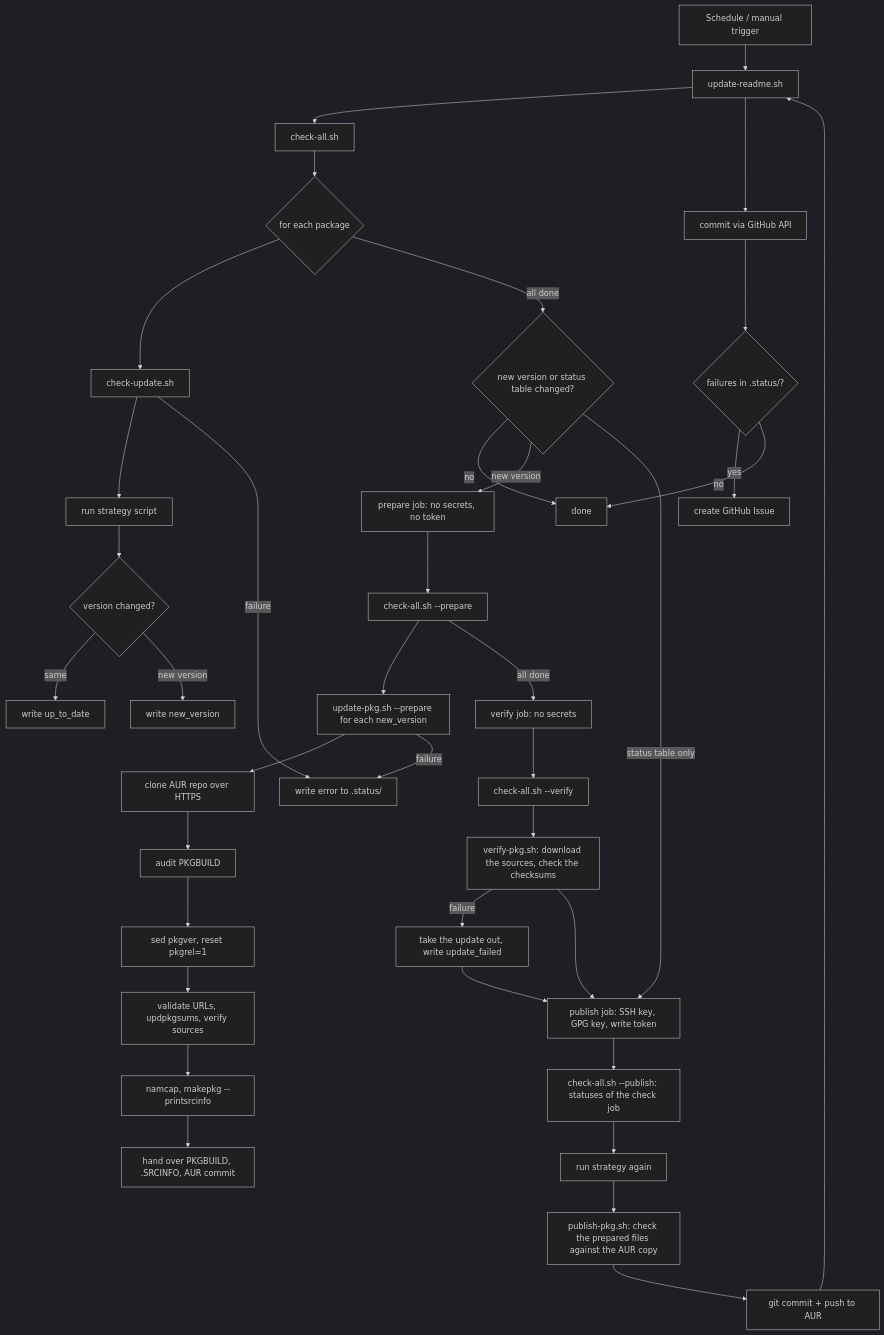
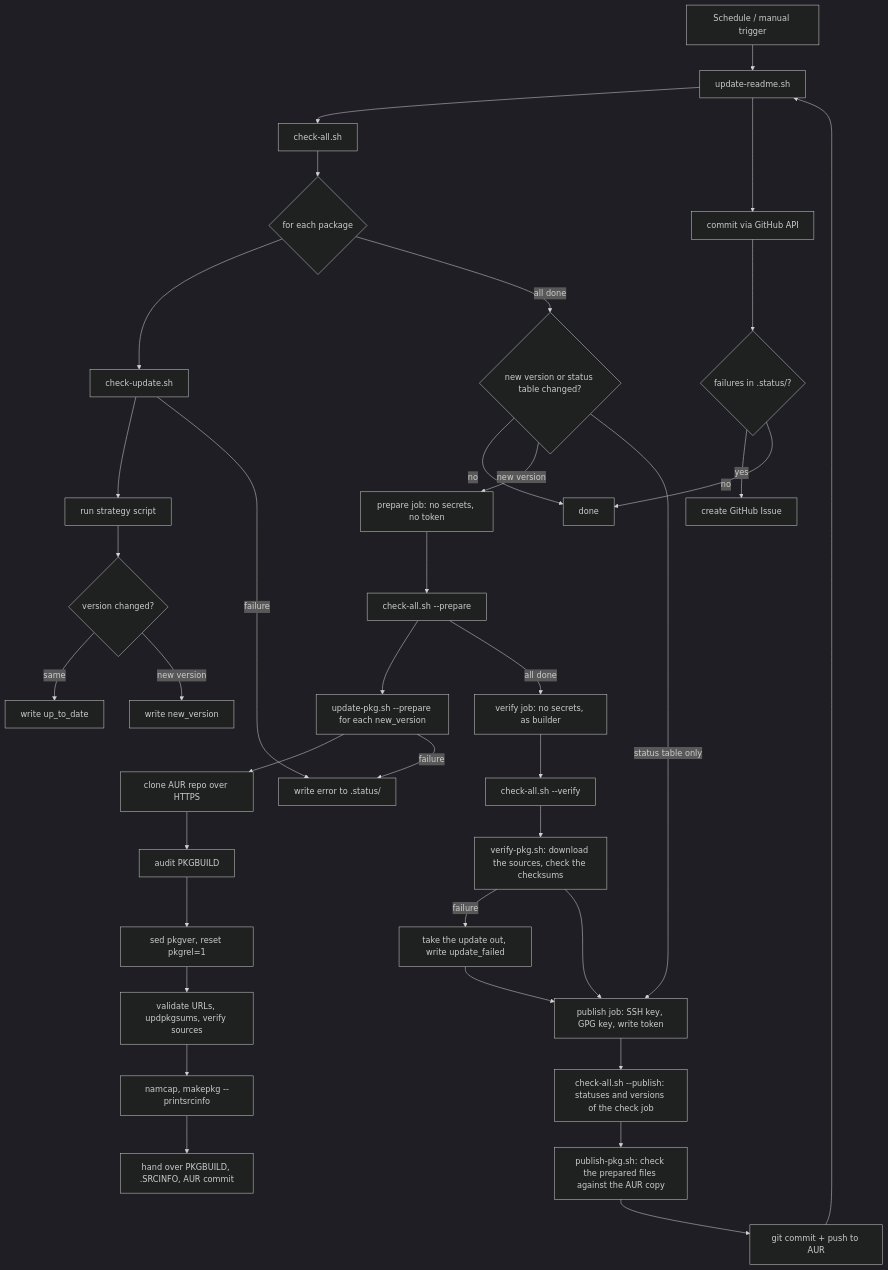
One commit to noctuum/sibyl changed the diagram in docs/WORKFLOW.md. Above: the diagram before and after it, drawn with Mermaid (dark theme). The commit also changed other lines of this file and 7 other files, not shown here.

First line of the commit message:
fix(workflow): isolate verify and publish (#40)

````diff
--- a/docs/WORKFLOW.md
+++ b/docs/WORKFLOW.md
@@ -20,40 +20,39 @@
 ```mermaid
 flowchart TD
     A[Schedule / manual trigger] --> K[check job: read-only token, no PKGBUILD]
     K --> B[check-all.sh]
     B --> C{for each package}
     C --> D[check-update.sh]
     D --> E[run strategy script]
     E --> F{version changed?}
     F -->|same| G[write up_to_date]
     F -->|new version| G2[write new_version]
     C -->|all done| W{new version or status table changed?}
     W -->|no| O[done]
     W -->|new version| P[prepare job: no secrets, no token]
     W -->|status table only| Q
     P --> B2[check-all.sh --prepare]
     B2 --> H[update-pkg.sh --prepare for each new_version]
     H --> H1[clone AUR repo over HTTPS]
     H1 --> H2[audit PKGBUILD]
     H2 --> H3[sed pkgver, reset pkgrel=1]
     H3 --> H4[validate URLs, updpkgsums, verify sources]
     H4 --> H5[namcap, makepkg --printsrcinfo]
     H5 --> H6[hand over PKGBUILD, .SRCINFO, AUR commit]
     H -->|failure| J[write error to .status/]
     D -->|failure| J
-    B2 -->|all done| V[verify job: no secrets]
+    B2 -->|all done| V[verify job: no secrets, as builder]
     V --> V1[check-all.sh --verify]
     V1 --> V2[verify-pkg.sh: download the sources, check the checksums]
     V2 -->|failure| V3[take the update out, write update_failed]
     V2 --> Q[publish job: SSH key, GPG key, write token]
     V3 --> Q
-    Q --> R[check-all.sh --publish: statuses of the check job]
-    R --> R1[run strategy again]
-    R1 --> R2[publish-pkg.sh: check the prepared files against the AUR copy]
+    Q --> R[check-all.sh --publish: statuses and versions of the check job]
+    R --> R2[publish-pkg.sh: check the prepared files against the AUR copy]
     R2 --> R3[git commit + push to AUR]
     R3 --> K[update-readme.sh]
     K --> L[commit via GitHub API]
     L --> M{failures in .status/?}
     M -->|yes| N[create GitHub Issue]
     M -->|no| O
 ```
````
